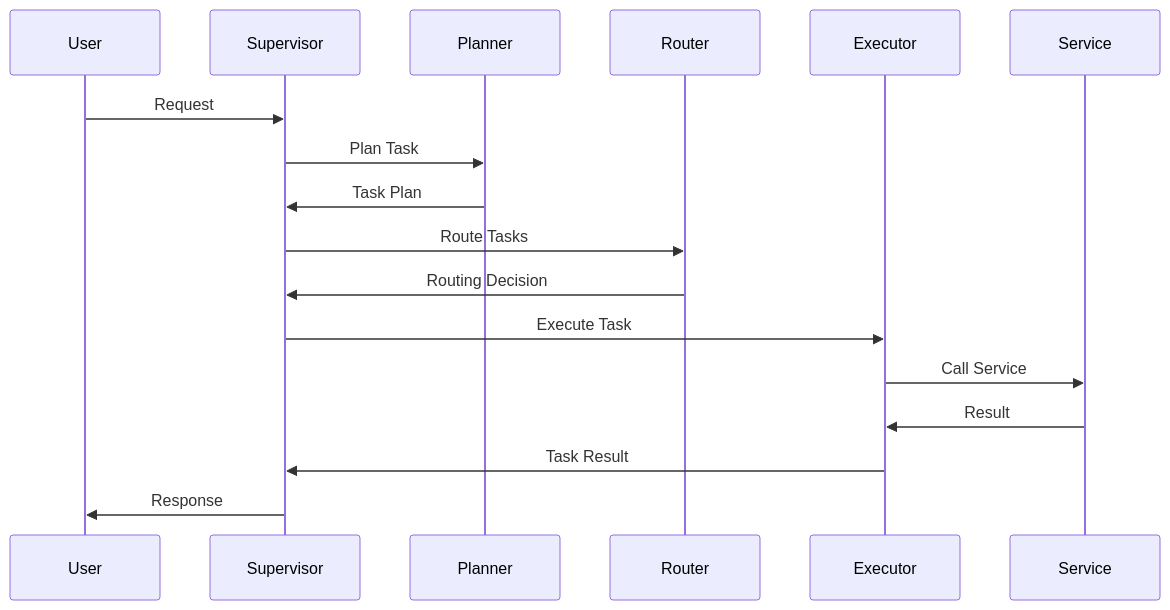
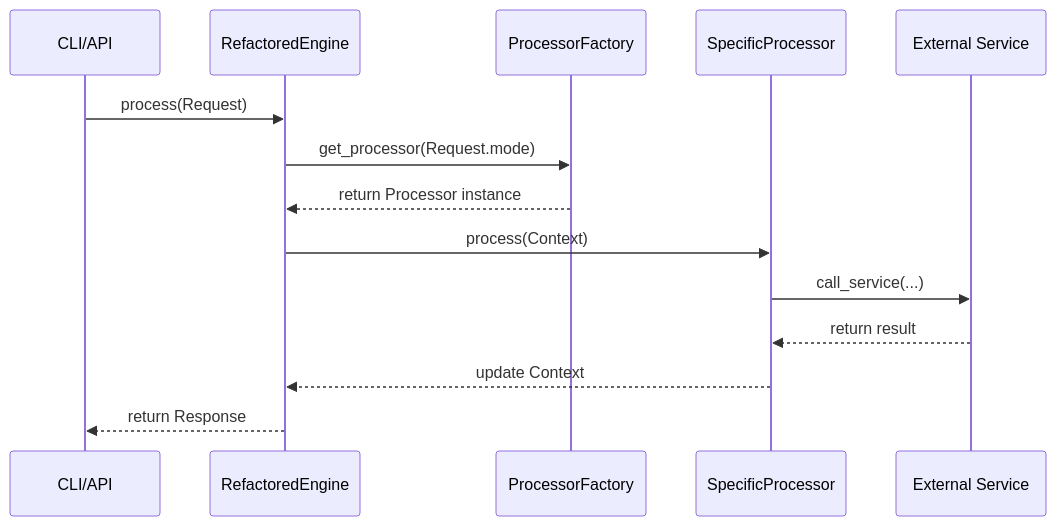
One commit to Zenobia000/openagent_backend changed the fifth of 7 diagrams in Architecture_Refactoring_Toolkit/project_docs/06_architecture_and_design_document.md. Above: the diagram before and after it, drawn with Mermaid. The commit also changed other lines of this file and 5 other files, not shown here.

````diff
--- a/Architecture_Refactoring_Toolkit/project_docs/06_architecture_and_design_document.md
+++ b/Architecture_Refactoring_Toolkit/project_docs/06_architecture_and_design_document.md
@@ -389,20 +236,17 @@
     ```mermaid
     sequenceDiagram
-        participant U as User
-        participant S as Supervisor
-        participant P as Planner
-        participant R as Router
-        participant E as Executor
-        participant Svc as Service
+        participant Client as CLI/API
+        participant Engine as RefactoredEngine
+        participant Factory as ProcessorFactory
+        participant Proc as SpecificProcessor
+        participant Svc as External Service
 
-        U->>S: Request
-        S->>P: Plan Task
-        P->>S: Task Plan
-        S->>R: Route Tasks
-        R->>S: Routing Decision
-        S->>E: Execute Task
-        E->>Svc: Call Service
-        Svc->>E: Result
-        E->>S: Task Result
-        S->>U: Response
+        Client->>Engine: process(Request)
+        Engine->>Factory: get_processor(Request.mode)
+        Factory-->>Engine: return Processor instance
+        Engine->>Proc: process(Context)
+        Proc->>Svc: call_service(...)
+        Svc-->>Proc: return result
+        Proc-->>Engine: update Context
+        Engine-->>Client: return Response
     ```
````
